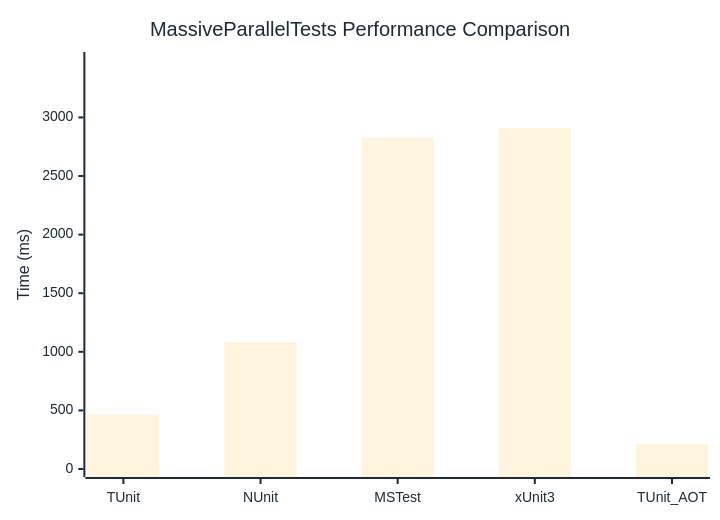
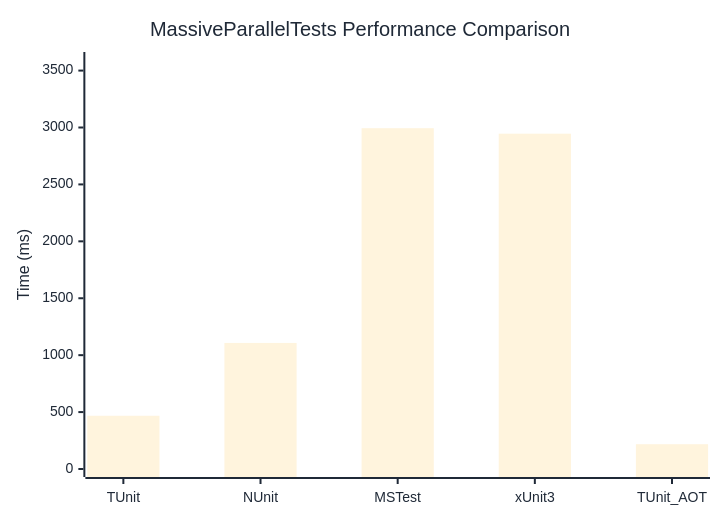
One commit to thomhurst/TUnit changed the diagram in docs/docs/benchmarks/engine/MassiveParallelTests.md. Above: the diagram before and after it, drawn with Mermaid. The commit also changed other lines of this file and 17 other files, not shown here.

````diff
--- a/docs/docs/benchmarks/engine/MassiveParallelTests.md
+++ b/docs/docs/benchmarks/engine/MassiveParallelTests.md
@@ -29,37 +29,37 @@
 ```mermaid
 %%{init: {
   'theme':'base',
   'themeVariables': {
     'primaryColor': '#2563eb',
     'primaryTextColor': '#1f2937',
     'primaryBorderColor': '#1e40af',
     'lineColor': '#6b7280',
     'secondaryColor': '#7c3aed',
     'tertiaryColor': '#dc2626',
     'background': '#ffffff',
     'mainBkg': '#2563eb',
     'secondBkg': '#7c3aed',
     'tertiaryBkg': '#dc2626',
     'clusterBkg': '#f3f4f6',
     'edgeLabelBackground': '#ffffff',
     'tertiaryTextColor': '#1f2937',
     'pie1': '#2563eb',
     'pie2': '#7c3aed',
     'pie3': '#dc2626',
     'pie4': '#f59e0b',
     'pie5': '#10b981',
     'pie6': '#06b6d4',
     'pie7': '#ec4899',
     'pie8': '#6366f1',
     'pie9': '#84cc16',
     'pie10': '#f97316',
     'pie11': '#14b8a6',
     'pie12': '#a855f7'
   }
 }}%%
 xychart-beta
   title "MassiveParallelTests Performance Comparison"
   x-axis ["TUnit", "NUnit", "MSTest", "xUnit3", "TUnit_AOT"]
-  y-axis "Time (ms)" 0 --> 3490
-  bar [464.7, 1082.7, 2827, 2907.9, 214.8]
+  y-axis "Time (ms)" 0 --> 3593
+  bar [467.8, 1107.5, 2993.9, 2945.7, 217.6]
 ```
````
